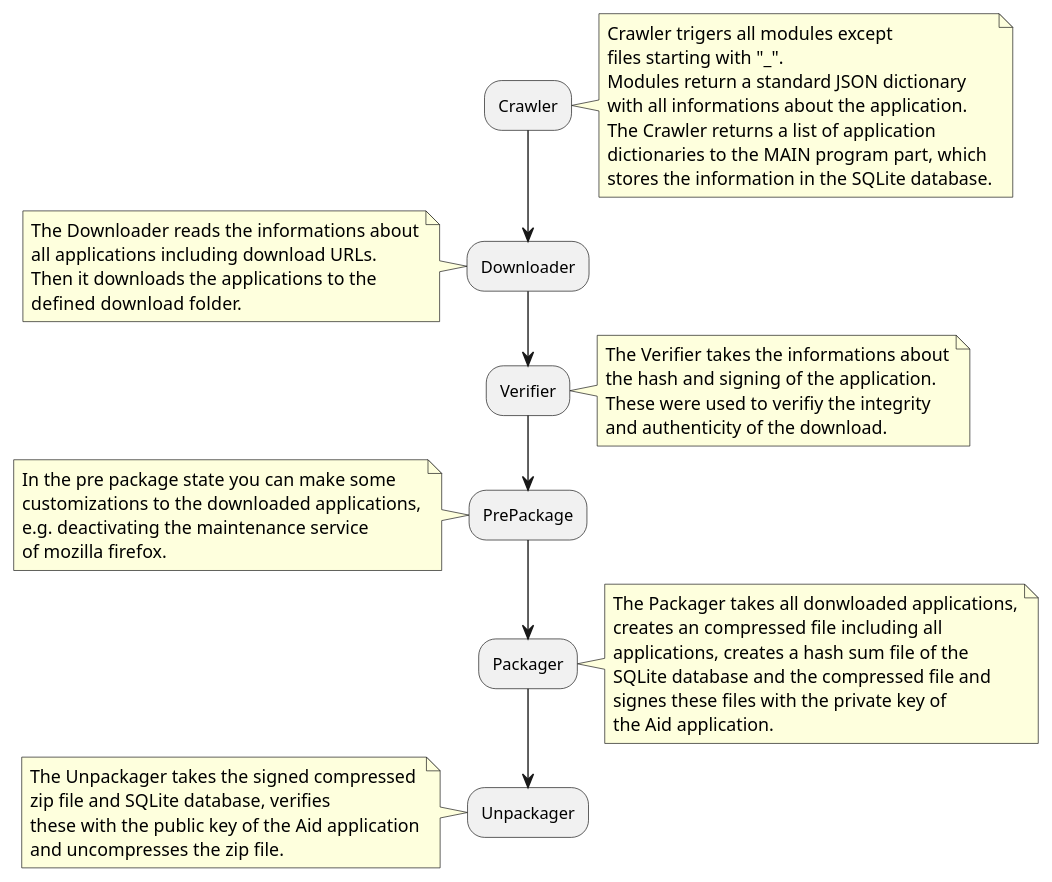
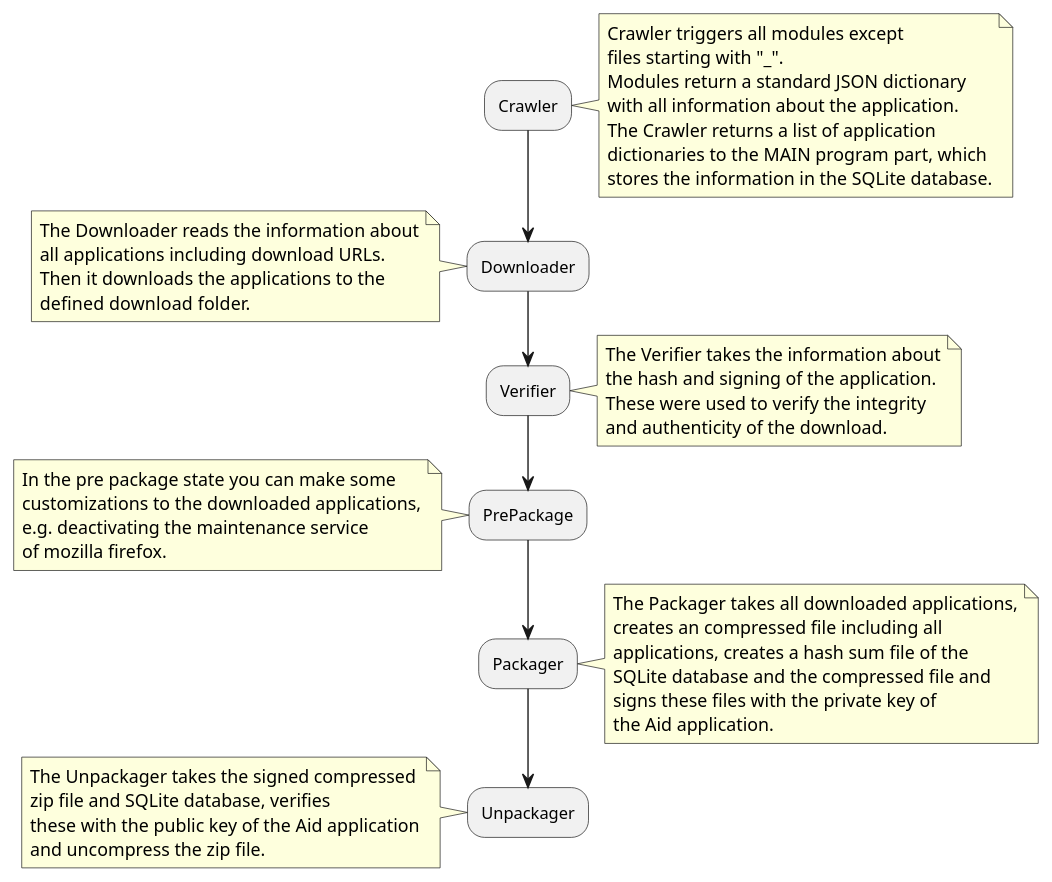
Before and after one commit to berkholz/Aid: the diagram in doc/diagrams/components.puml, drawn with PlantUML. The commit also changed 6 other files, not shown here.

```diff
--- a/doc/diagrams/components.puml
+++ b/doc/diagrams/components.puml
@@ -1,49 +1,49 @@
 @startuml
 :Crawler;
 note right
-  Crawler trigers all modules except
+  Crawler triggers all modules except
   files starting with "_".
   Modules return a standard JSON dictionary
-  with all informations about the application.
+  with all information about the application.
   The Crawler returns a list of application
   dictionaries to the MAIN program part, which
   stores the information in the SQLite database.
 end note
 :Downloader;
 note left
-  The Downloader reads the informations about
+  The Downloader reads the information about
   all applications including download URLs.
   Then it downloads the applications to the
   defined download folder.
 end note
 :Verifier;
 note right
-  The Verifier takes the informations about
+  The Verifier takes the information about
   the hash and signing of the application.
-  These were used to verifiy the integrity
+  These were used to verify the integrity
   and authenticity of the download.
 end note
 :PrePackage;
 note left
   In the pre package state you can make some
   customizations to the downloaded applications,
   e.g. deactivating the maintenance service
   of mozilla firefox.
 end note
 :Packager;
 note right
-  The Packager takes all donwloaded applications,
+  The Packager takes all downloaded applications,
   creates an compressed file including all
   applications, creates a hash sum file of the
   SQLite database and the compressed file and
-  signes these files with the private key of
+  signs these files with the private key of
   the Aid application.
 end note
 :Unpackager;
 note left
   The Unpackager takes the signed compressed
   zip file and SQLite database, verifies
   these with the public key of the Aid application
-  and uncompresses the zip file.
+  and uncompress the zip file.
 end note
 @enduml
```
